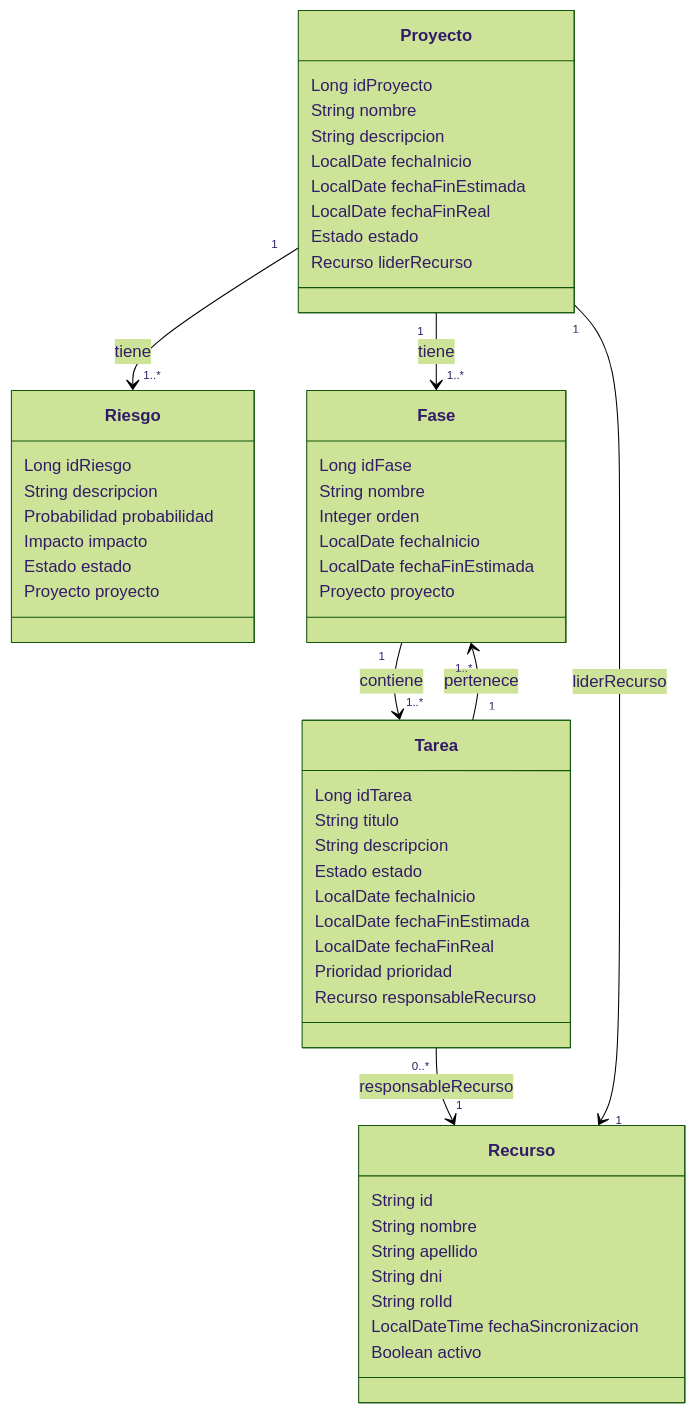
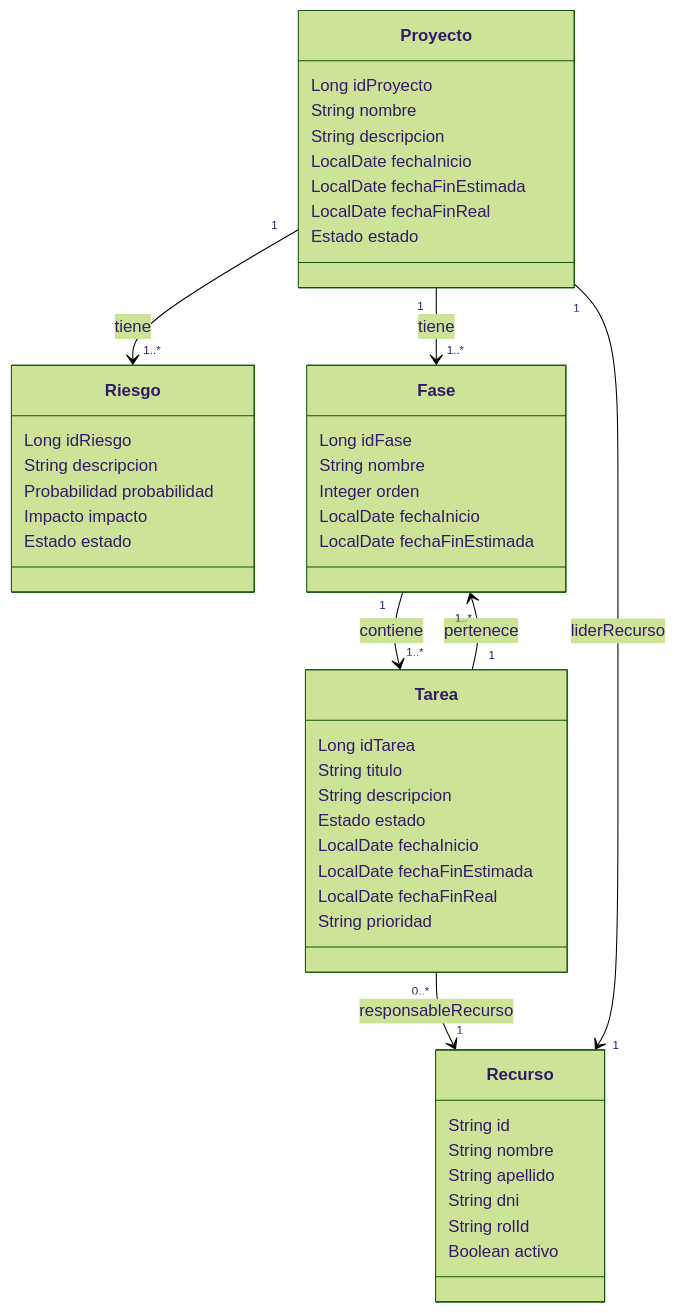
One commit to AgustinaThamesA/squad_01_2025_1C changed the diagram in docs/ModeloDeDominio/mdd.md. Above: the diagram before and after it, drawn with Mermaid (forest theme). The commit also changed other lines of this file and 1 other file, not shown here.

Commit message:
Actualizo modelo de dominio con diagrama en conjunto con módulo Soporte.

````diff
--- a/docs/ModeloDeDominio/mdd.md
+++ b/docs/ModeloDeDominio/mdd.md
@@ -5,55 +5,50 @@
 ```mermaid
 classDiagram
 class Proyecto {
   Long idProyecto
   String nombre
   String descripcion
   LocalDate fechaInicio
   LocalDate fechaFinEstimada
   LocalDate fechaFinReal
   Estado estado
-  Recurso liderRecurso
 }
 class Riesgo {
   Long idRiesgo
   String descripcion
   Probabilidad probabilidad
   Impacto impacto
   Estado estado
-  Proyecto proyecto
 }
 class Fase {
   Long idFase
   String nombre
   Integer orden
   LocalDate fechaInicio
   LocalDate fechaFinEstimada
-  Proyecto proyecto
 }
 class Tarea {
   Long idTarea
   String titulo
   String descripcion
   Estado estado
   LocalDate fechaInicio
   LocalDate fechaFinEstimada
   LocalDate fechaFinReal
-  Prioridad prioridad
-  Recurso responsableRecurso
+  String prioridad
 }
 class Recurso {
   String id
   String nombre
   String apellido
   String dni
   String rolId
-  LocalDateTime fechaSincronizacion
   Boolean activo
 }
 Proyecto "1" --> "1..*" Riesgo : tiene
 Proyecto "1" --> "1..*" Fase : tiene
 Fase "1" --> "1..*" Tarea : contiene
 Tarea "1" --> "1..*" Fase : pertenece
 Tarea "0..*" --> "1" Recurso : responsableRecurso
 Proyecto "1" --> "1" Recurso : liderRecurso
 ```
````
